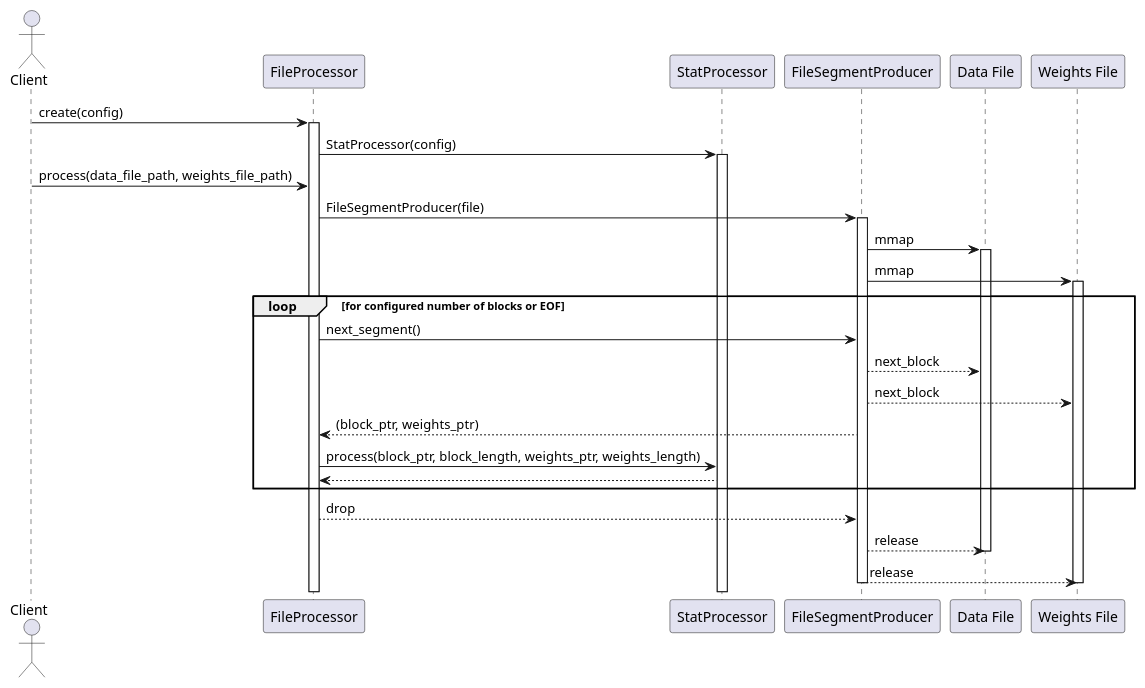
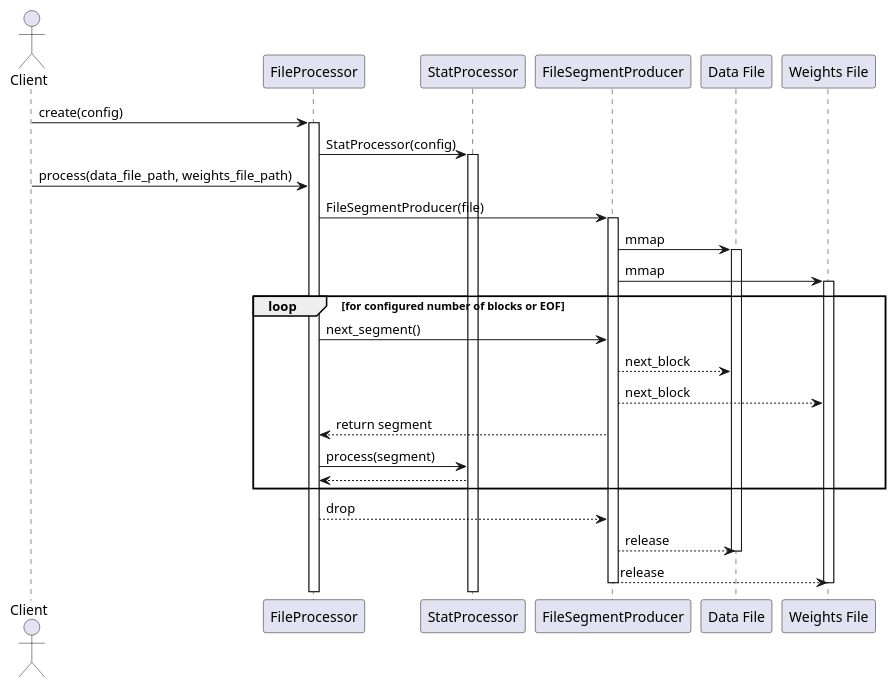
The diagram in docs/src/architecture/file_proc_seq.puml (ska-telescope/ska-pst-stat), drawn with PlantUML before and after one commit. The commit also changed 2 other files, not shown here.

Commit message:
AT3-517 document that StatComputer and StatProcessor now use SegmentProducer::Segment

```diff
--- a/docs/src/architecture/file_proc_seq.puml
+++ b/docs/src/architecture/file_proc_seq.puml
@@ -1,45 +1,45 @@
 @startuml PST STAT DADA file processor
 actor Client
 Client -> FileProcessor: create(config)
 activate FileProcessor
 FileProcessor -> StatProcessor: StatProcessor(config)
 activate StatProcessor
 Client -> FileProcessor: process(data_file_path, weights_file_path)
 FileProcessor -> FileSegmentProducer: FileSegmentProducer(file)
 activate FileSegmentProducer
 FileSegmentProducer -> "Data File": mmap
 activate "Data File"
 FileSegmentProducer -> "Weights File": mmap
 activate "Weights File"
 
 loop for configured number of blocks or EOF
   FileProcessor -> FileSegmentProducer: next_segment()
   FileSegmentProducer --> "Data File": next_block
   FileSegmentProducer --> "Weights File": next_block
-  FileProcessor <-- FileSegmentProducer: (block_ptr, weights_ptr)
-  FileProcessor -> StatProcessor: process(block_ptr, block_length, weights_ptr, weights_length)
+  FileProcessor <-- FileSegmentProducer: return segment
+  FileProcessor -> StatProcessor: process(segment)
   FileProcessor <-- StatProcessor
 end
 
 FileProcessor --> FileSegmentProducer: drop
 FileSegmentProducer --> "Data File": release
 deactivate "Data File"
 FileSegmentProducer --> "Weights File": release
 deactivate "Weights File"
 deactivate FileSegmentProducer
 
 ' FileProcessor -> FileSegmentProducer: create
 ' activate FileSegmentProducer
 ' FileSegmentProducer -> File: mmap
 ' activate File
 ' loop while data present
 '   FileProcessor -> FileSegmentProducer: read next
 '   FileProcessor <-- FileSegmentProducer: return next block ptr or null
 '   alt data present
-'     FileProcessor -> StatProcessor: process(block_ptr, block_length)
+'     FileProcessor -> StatProcessor: process(segment)
 '   else no data preset
 '     Client <-- FileProcessor: process complete
 '   end
 ' end
 
 @enduml
```
